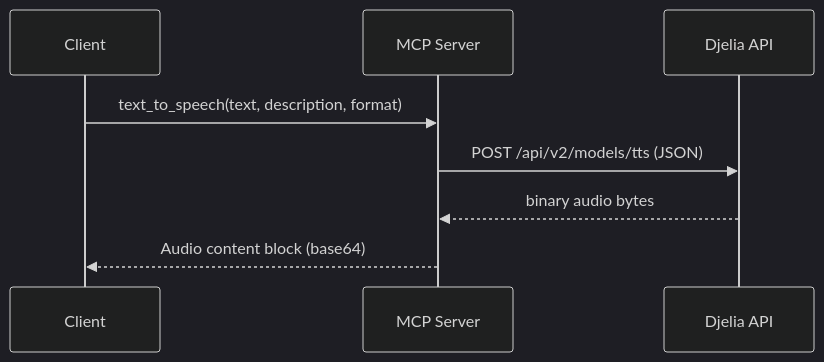
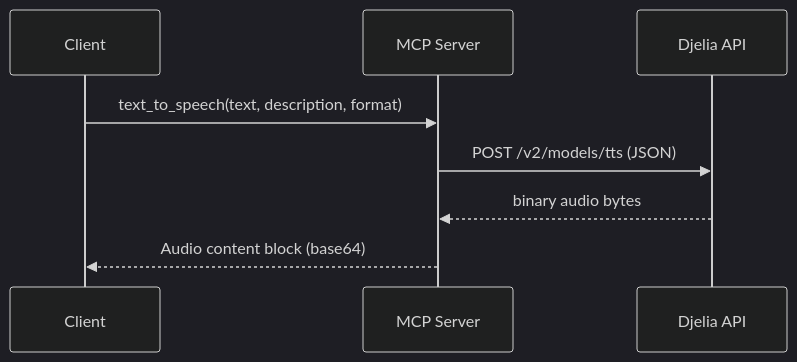
One commit to djelia-org/djelia-mcp-server changed the fifth of 6 diagrams in README.md. Above: the diagram before and after it, drawn with Mermaid (dark theme). The commit also changed other lines of this file and 1 other file, not shown here.

Commit message:
fix: call the v2 endpoints under /v2 as well

````diff
--- a/README.md
+++ b/README.md
@@ -127,10 +127,10 @@
 ```mermaid
 sequenceDiagram
     participant C as Client
     participant S as MCP Server
     participant D as Djelia API
     C->>S: text_to_speech(text, description, format)
-    S->>D: POST /api/v2/models/tts (JSON)
+    S->>D: POST /v2/models/tts (JSON)
     D-->>S: binary audio bytes
     S-->>C: Audio content block (base64)
 ```
````
